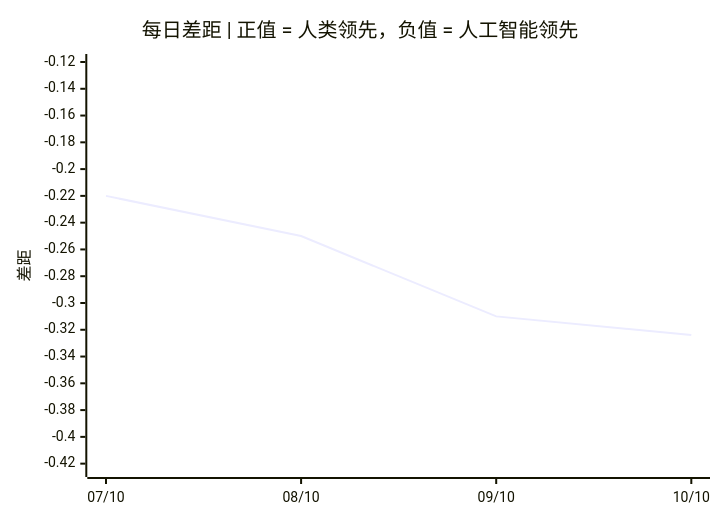
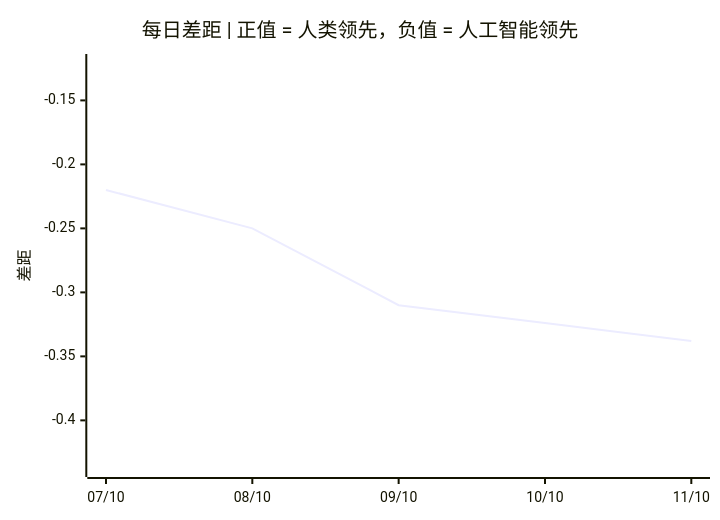
The third of 3 diagrams in README.zh.md (VQQLK/Human-AI-Monitor), drawn with Mermaid before and after one commit. The commit also changed other lines of this file and 5 other files, not shown here.

````diff
--- a/README.zh.md
+++ b/README.zh.md
@@ -56,7 +56,7 @@
 ```mermaid
 xychart-beta
     title "每日差距 | 正值 = 人类领先，负值 = 人工智能领先"
-    x-axis ["07/10", "08/10", "09/10", "10/10"]
-    y-axis "差距" -0.424 --> -0.120
-    line [-0.220, -0.250, -0.310, -0.324]
+    x-axis ["07/10", "08/10", "09/10", "10/10", "11/10"]
+    y-axis "差距" -0.438 --> -0.120
+    line [-0.220, -0.250, -0.310, -0.324, -0.338]
 ```
````
